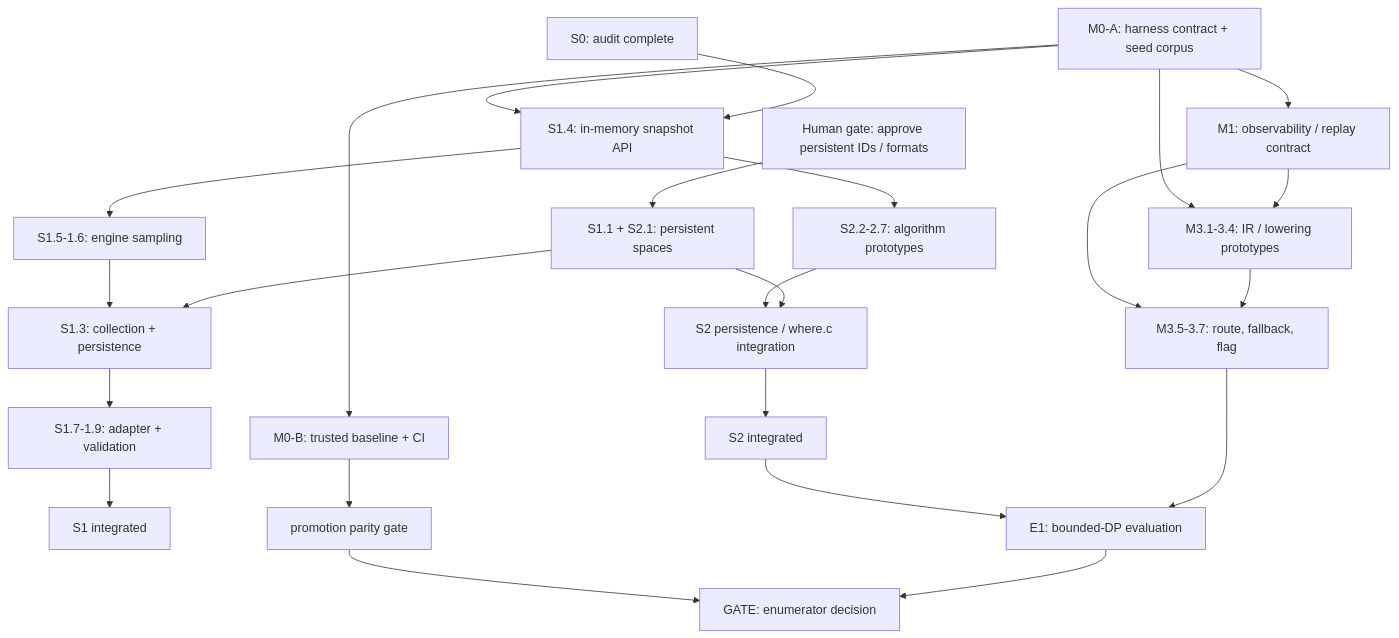
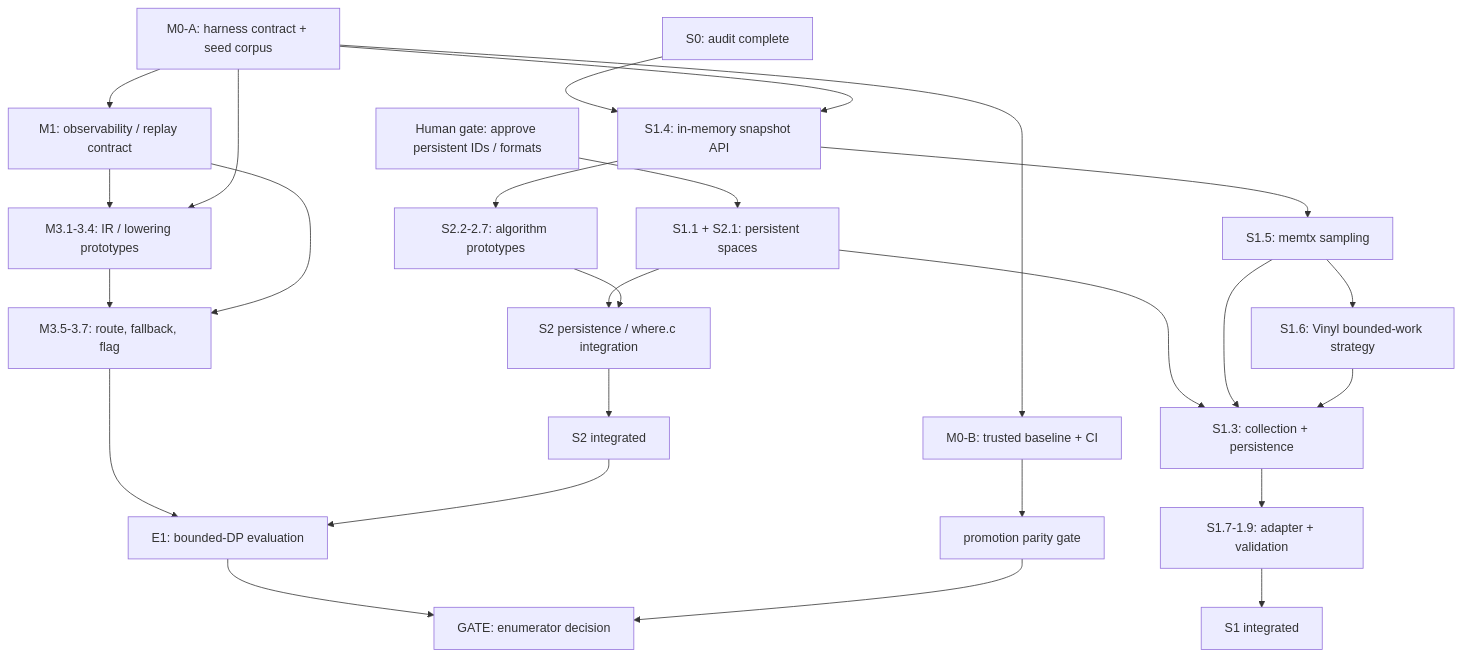
Before and after one commit to tsafin/tarantool-dsql: the diagram in docs/vdbe/roadmap.md, drawn with Mermaid. The commit also changed other lines of this file and 1 other file, not shown here.

Commit message:
docs: track bounded memtx sampler prototype

````diff
--- a/docs/vdbe/roadmap.md
+++ b/docs/vdbe/roadmap.md
@@ -81,26 +81,28 @@
 ```mermaid
 flowchart TD
     A["M0-A: harness contract + seed corpus"] --> B["M0-B: trusted baseline + CI"]
     A --> C["M1: observability / replay contract"]
     D["S0: audit complete"] --> E["S1.4: in-memory snapshot API"]
     A --> E
     E --> F["S2.2-2.7: algorithm prototypes"]
     C --> G["M3.1-3.4: IR / lowering prototypes"]
     A --> G
     G --> H["M3.5-3.7: route, fallback, flag"]
     C --> H
     P["Human gate: approve persistent IDs / formats"] --> Q["S1.1 + S2.1: persistent spaces"]
-    E --> R["S1.5-1.6: engine sampling"]
+    E --> R["S1.5: memtx sampling"]
+    R --> R2["S1.6: Vinyl bounded-work strategy"]
     Q --> S["S1.3: collection + persistence"]
     R --> S
+    R2 --> S
     S --> T["S1.7-1.9: adapter + validation"]
     Q --> U["S2 persistence / where.c integration"]
     F --> U
     U --> V["S2 integrated"]
     T --> W["S1 integrated"]
     H --> X["E1: bounded-DP evaluation"]
     V --> X
     B --> Y["promotion parity gate"]
     X --> Z["GATE: enumerator decision"]
     Y --> Z
 ```
````
